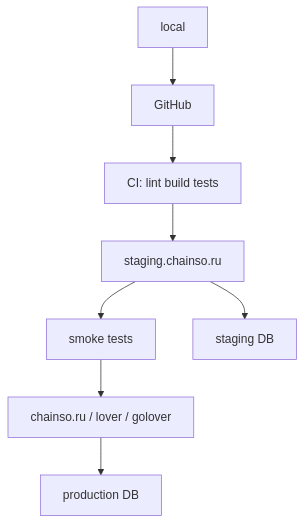
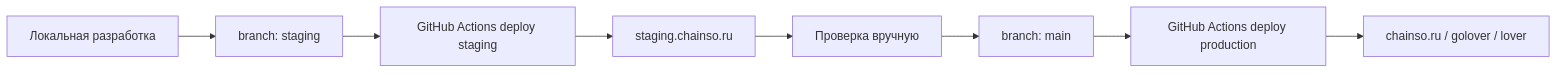
Before and after one commit to hertz143g/chainso: the second of 5 diagrams in docs/PROJECT_INFRASTRUCTURE.md, drawn with Mermaid. The commit also changed other lines of this file, not shown here.

````diff
--- a/docs/PROJECT_INFRASTRUCTURE.md
+++ b/docs/PROJECT_INFRASTRUCTURE.md
@@ -180,11 +216,10 @@
 ```mermaid
-flowchart TD
-  Local["local"] --> Git["GitHub"]
-  Git --> CI["CI: lint build tests"]
-  CI --> Staging["staging.chainso.ru"]
-  Staging --> Smoke["smoke tests"]
-  Smoke --> Prod["chainso.ru / lover / golover"]
-
-  Staging --> StagingDB["staging DB"]
-  Prod --> ProdDB["production DB"]
+flowchart LR
+  Dev["Локальная разработка"] --> StagingBranch["branch: staging"]
+  StagingBranch --> StagingAction["GitHub Actions deploy staging"]
+  StagingAction --> StagingSite["staging.chainso.ru"]
+  StagingSite --> Review["Проверка вручную"]
+  Review --> MainBranch["branch: main"]
+  MainBranch --> ProdAction["GitHub Actions deploy production"]
+  ProdAction --> ProdSites["chainso.ru / golover / lover"]
 ```
````
